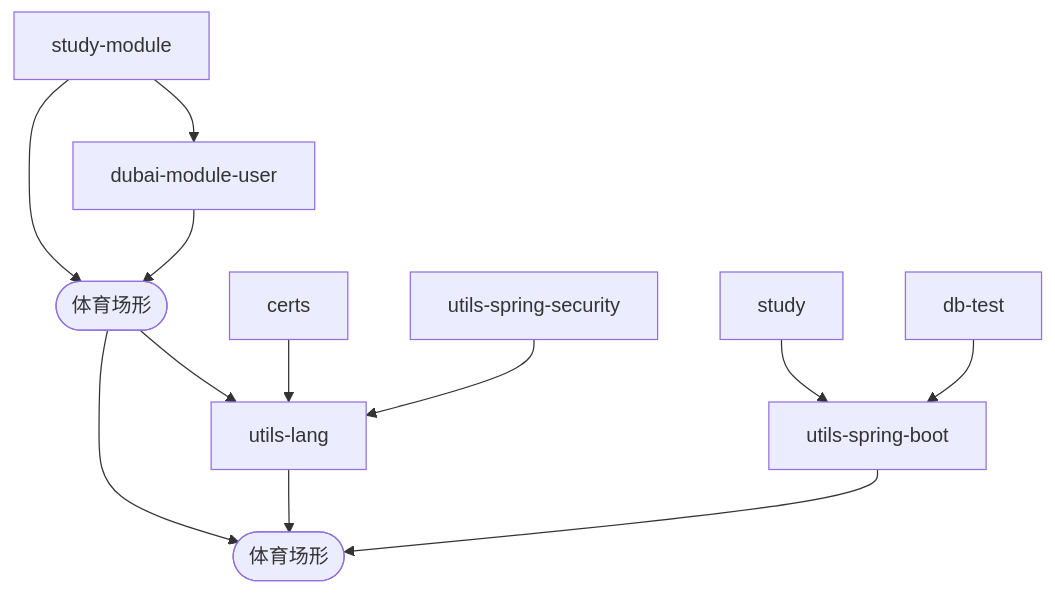
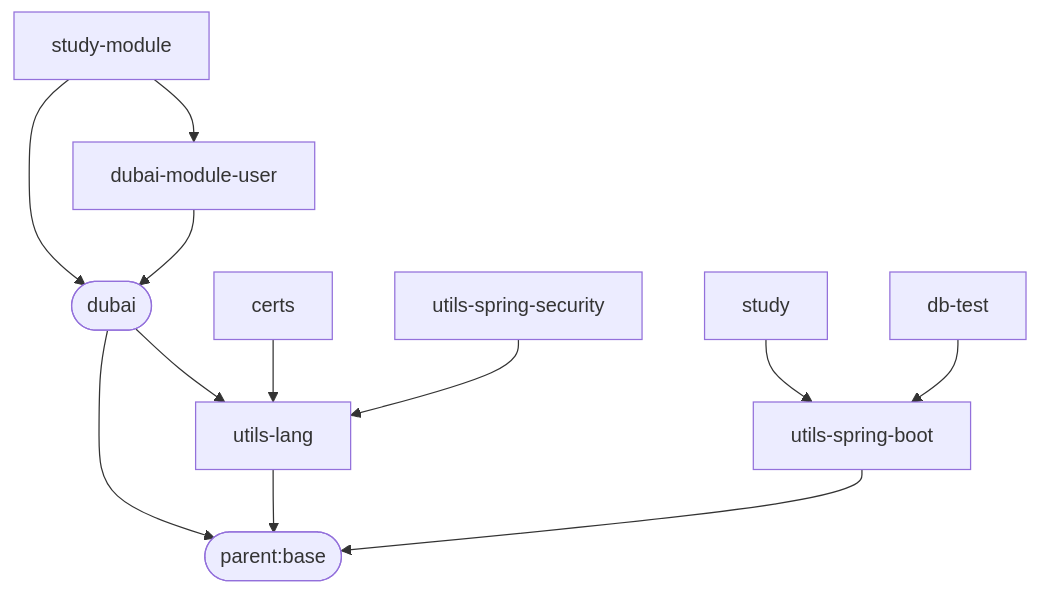
The diagram in README.md (dbstarll/dbstarll.github.io), drawn with Mermaid before and after one commit.

Commit message:
自定义边框

````diff
--- a/README.md
+++ b/README.md
@@ -12,21 +12,21 @@
 ```mermaid
 graph TD;
-    parent.base([体育场形]);
+    parent.base([parent:base]);
 
     utils-lang-->parent.base;
 
     utils-spring-boot-->parent.base;
 
-    dubai([体育场形])-->parent.base;
+    dubai([dubai])-->parent.base;
     dubai-->utils-lang;
     
     dubai-module-user-->dubai;
 
     study-module-->dubai;
     study-module-->dubai-module-user;
 
     certs-->utils-lang;
     utils-spring-security-->utils-lang;
     study-->utils-spring-boot;
     db-test-->utils-spring-boot;
 ```
````
